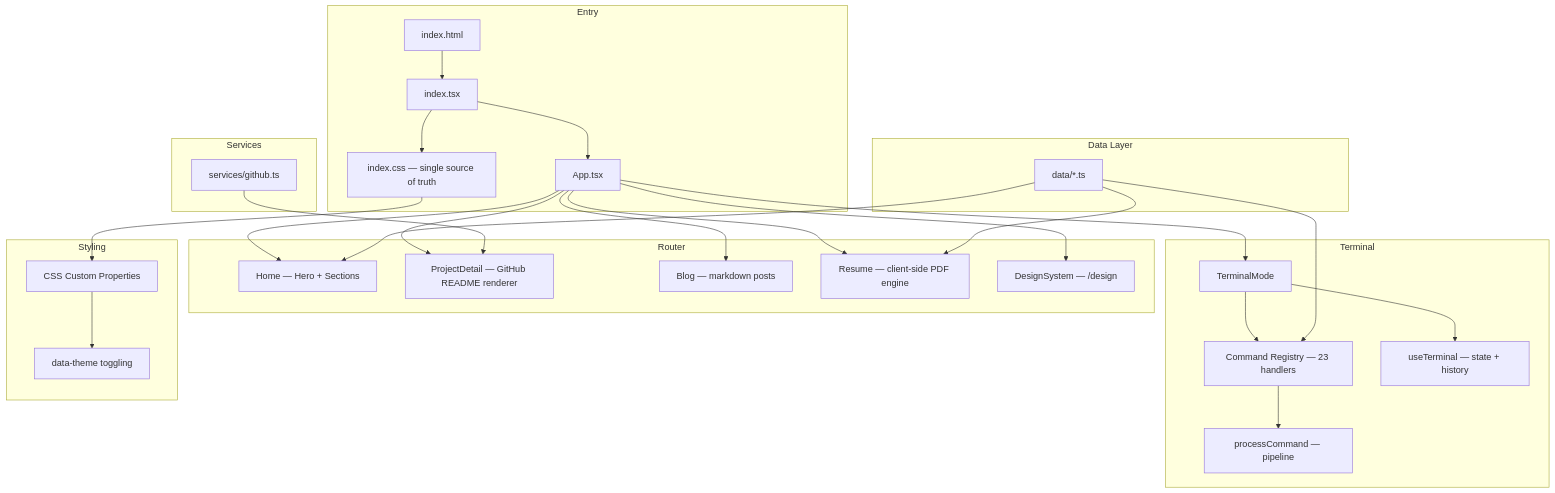
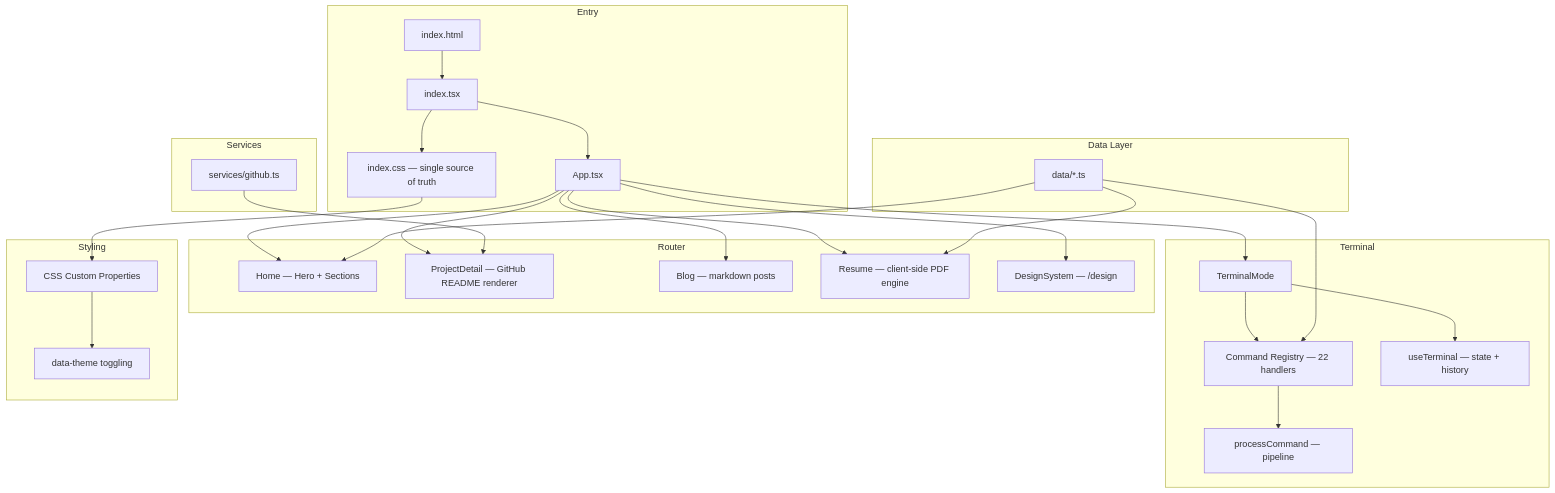
One commit to euphoric-habromaniac/pranjalkumar.com changed the diagram in README.md. Above: the diagram before and after it, drawn with Mermaid. The commit also changed other lines of this file and 2 other files, not shown here.

Commit message:
docs: correct terminal command count to 22, add screenshot

````diff
--- a/README.md
+++ b/README.md
@@ -37,38 +42,38 @@
 ```mermaid
 graph TB
     subgraph Entry
         HTML[index.html] --> TSX[index.tsx]
         TSX --> CSS[index.css — single source of truth]
         TSX --> APP[App.tsx]
     end
 
     subgraph Router
         APP --> HOME[Home — Hero + Sections]
         APP --> PD[ProjectDetail — GitHub README renderer]
         APP --> BLOG[Blog — markdown posts]
         APP --> RES[Resume — client-side PDF engine]
         APP --> DS[DesignSystem — /design]
     end
 
     subgraph Terminal
         APP --> TM[TerminalMode]
-        TM --> CMD[Command Registry — 23 handlers]
+        TM --> CMD[Command Registry — 22 handlers]
         TM --> HOOK[useTerminal — state + history]
         CMD --> PROC[processCommand — pipeline]
     end
 
     subgraph Data Layer
         DATA[data/*.ts] --> HOME
         DATA --> RES
         DATA --> CMD
     end
 
     subgraph Services
         GH[services/github.ts] --> PD
     end
 
     subgraph Styling
         CSS --> TOKENS[CSS Custom Properties]
         TOKENS --> THEME[data-theme toggling]
     end
 ```
````
